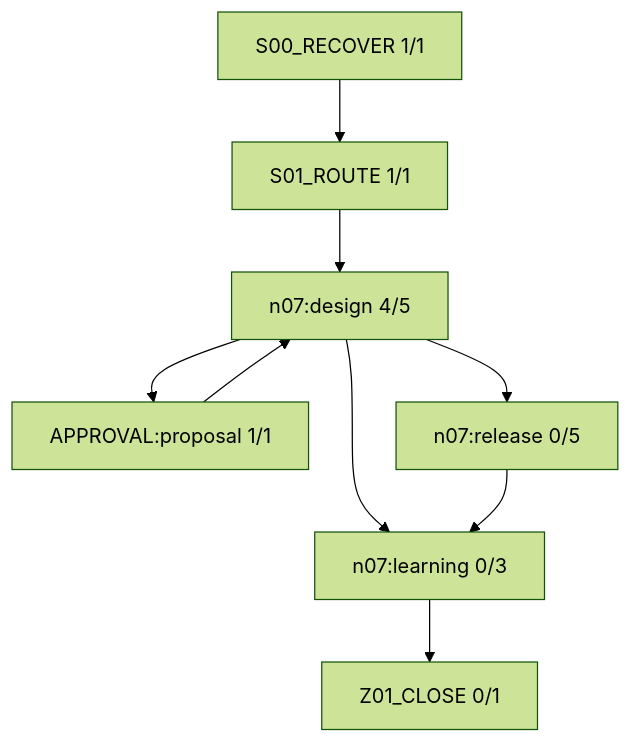
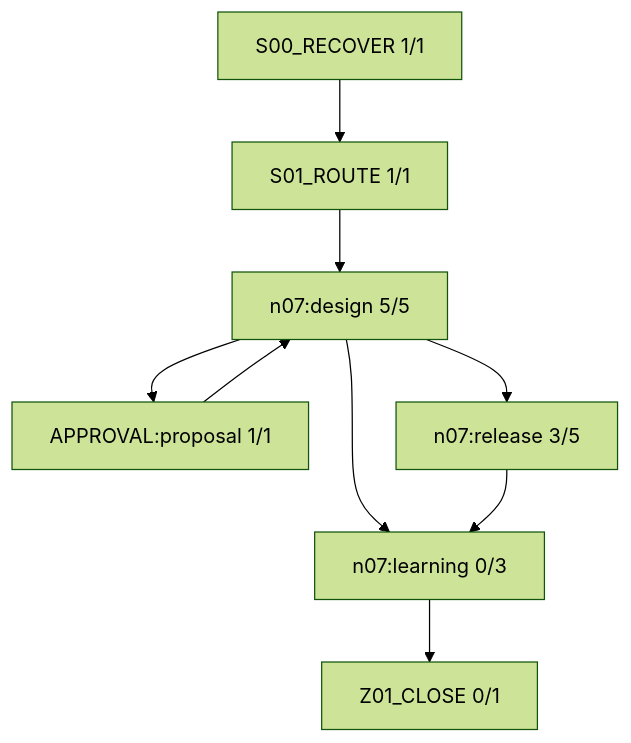
Before and after one commit to rrikunagasige-dot/kyotsu-step-web: the diagram in work/items/W-MATH-032-n07-semantic-repair/generated/FIRE_DIAGRAM.md, drawn with Mermaid (forest theme). The commit also changed other lines of this file and 60 other files, not shown here.

````diff
--- a/work/items/W-MATH-032-n07-semantic-repair/generated/FIRE_DIAGRAM.md
+++ b/work/items/W-MATH-032-n07-semantic-repair/generated/FIRE_DIAGRAM.md
@@ -5,18 +5,18 @@
 ```mermaid
 flowchart TD
   N0["S00_RECOVER 1/1"]
   N1["S01_ROUTE 1/1"]
-  N2["n07:design 4/5"]
+  N2["n07:design 5/5"]
   N3["APPROVAL:proposal 1/1"]
-  N4["n07:release 0/5"]
+  N4["n07:release 3/5"]
   N5["n07:learning 0/3"]
   N6["Z01_CLOSE 0/1"]
   N3 --> N2
   N0 --> N1
   N1 --> N2
   N2 --> N3
   N2 --> N5
   N2 --> N4
   N5 --> N6
   N4 --> N5
 ```
````
